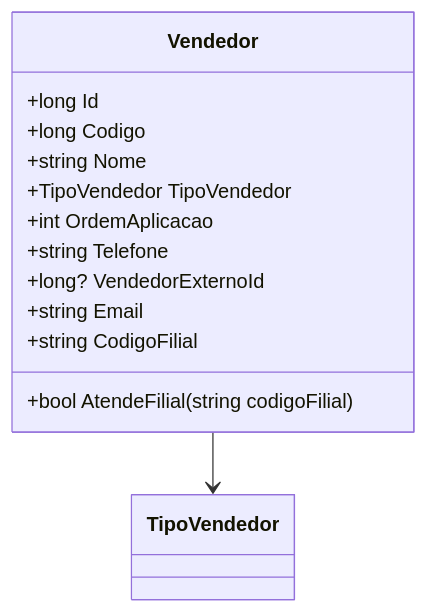
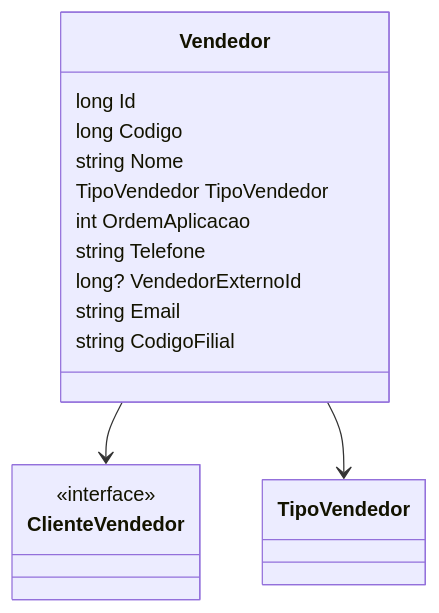
Before and after one commit to IsthmusSistemas/documentacao-tecnica: the second of 2 diagrams in docs/b2b-dominio/IsthmusWinthor.Nucleo/IsthmusWinthor.Dominio/POCO/Vendedor.md, drawn with Mermaid. The commit also changed other lines of this file and 882 other files, not shown here.

````diff
--- a/docs/b2b-dominio/IsthmusWinthor.Nucleo/IsthmusWinthor.Dominio/POCO/Vendedor.md
+++ b/docs/b2b-dominio/IsthmusWinthor.Nucleo/IsthmusWinthor.Dominio/POCO/Vendedor.md
@@ -42,16 +40,21 @@
 ```mermaid
 classDiagram
     class Vendedor {
-        +long Id
-        +long Codigo
-        +string Nome
-        +TipoVendedor TipoVendedor
-        +int OrdemAplicacao
-        +string Telefone
-        +long? VendedorExternoId
-        +string Email
-        +string CodigoFilial
-        +bool AtendeFilial(string codigoFilial)
+        long Id
+        long Codigo
+        string Nome
+        TipoVendedor TipoVendedor
+        int OrdemAplicacao
+        string Telefone
+        long? VendedorExternoId
+        string Email
+        string CodigoFilial
     }
+    
+    class ClienteVendedor {
+        <<interface>>
+    }
+
+    Vendedor --> ClienteVendedor
     Vendedor --> TipoVendedor
 ```
````
